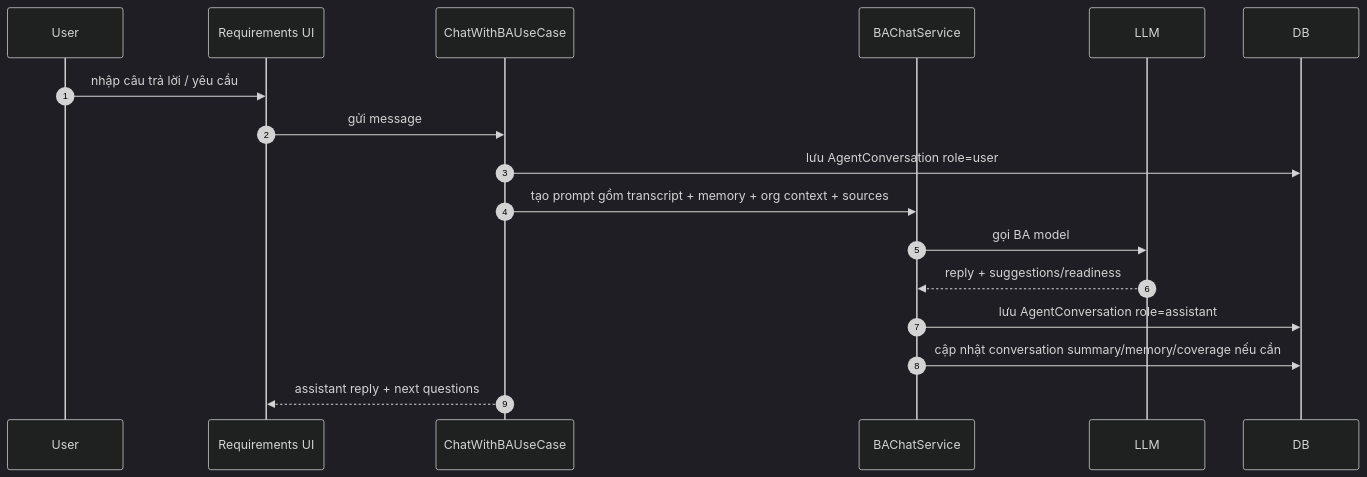
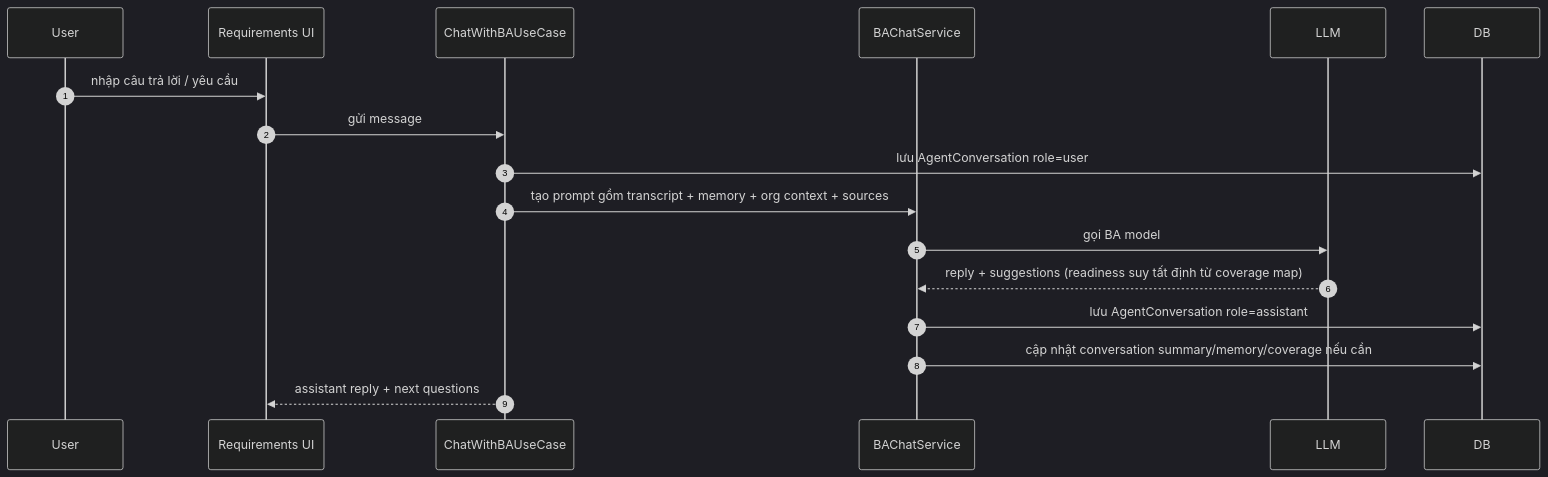
One commit to Songlong0506/ICOGenerator-v4 changed the fourth of 13 diagrams in docs/BusinessFlow.md. Above: the diagram before and after it, drawn with Mermaid (dark theme). The commit also changed 22 other files, not shown here.

````diff
--- a/docs/BusinessFlow.md
+++ b/docs/BusinessFlow.md
@@ -74,20 +74,20 @@
 ```mermaid
 sequenceDiagram
     autonumber
     participant U as User
     participant UI as Requirements UI
     participant UC as ChatWithBAUseCase
     participant BA as BAChatService
     participant LLM as LLM
     participant DB as DB
 
     U->>UI: nhập câu trả lời / yêu cầu
     UI->>UC: gửi message
     UC->>DB: lưu AgentConversation role=user
     UC->>BA: tạo prompt gồm transcript + memory + org context + sources
     BA->>LLM: gọi BA model
-    LLM-->>BA: reply + suggestions/readiness
+    LLM-->>BA: reply + suggestions (readiness suy tất định từ coverage map)
     BA->>DB: lưu AgentConversation role=assistant
     BA->>DB: cập nhật conversation summary/memory/coverage nếu cần
     UC-->>UI: assistant reply + next questions
 ```
````
